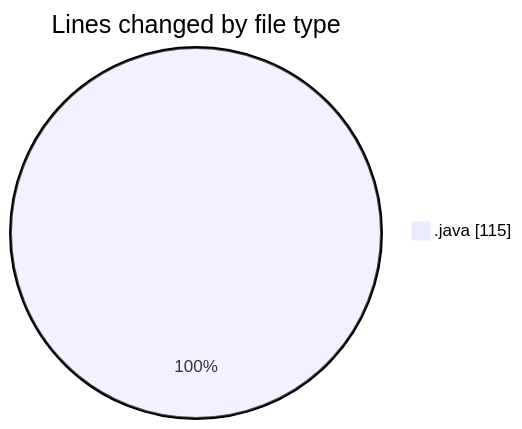
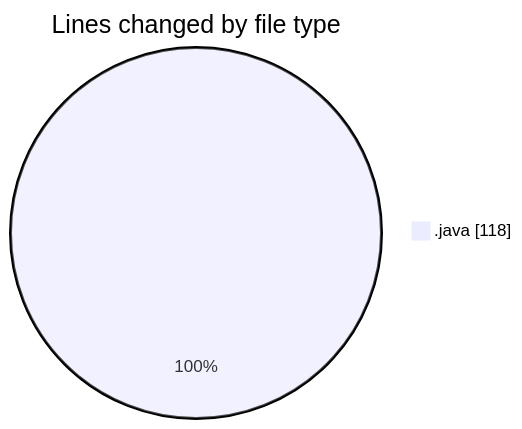
One commit to NitaiMahat/code-tracking changed the first of 2 diagrams in 2025-01-30/java/README.md. Above: the diagram before and after it, drawn with Mermaid. The commit also changed other lines of this file and 1 other file, not shown here.

````diff
--- a/2025-01-30/java/README.md
+++ b/2025-01-30/java/README.md
@@ -20,5 +20,5 @@
 ```mermaid
 pie showData
 title Lines changed by file type
-".java" : 115
+".java" : 118
 ```
````
